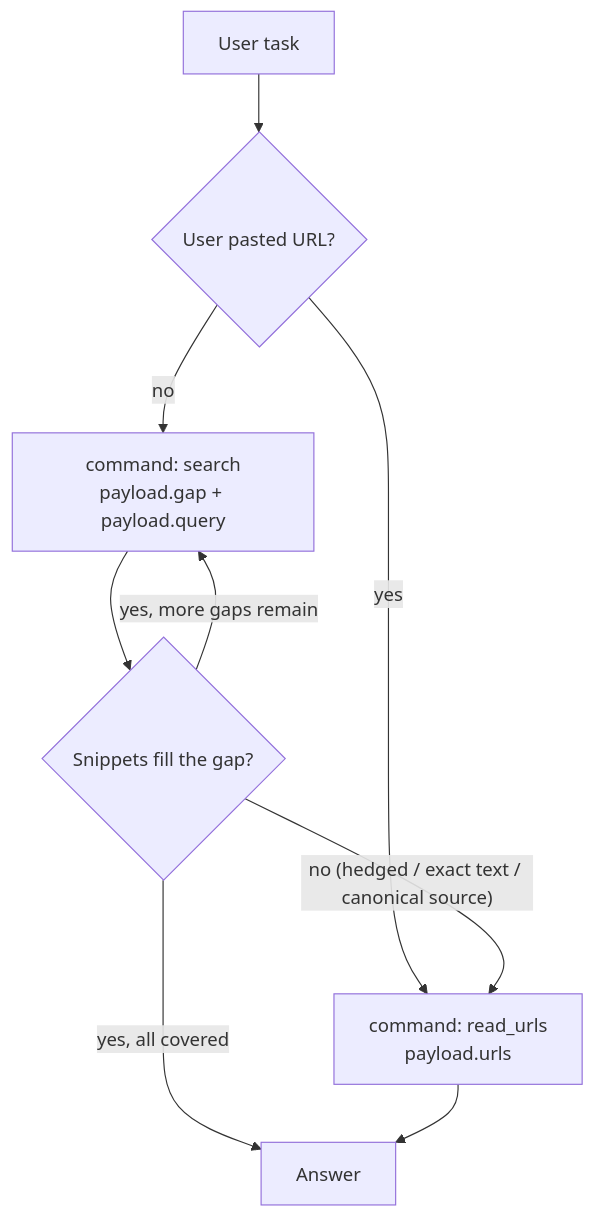
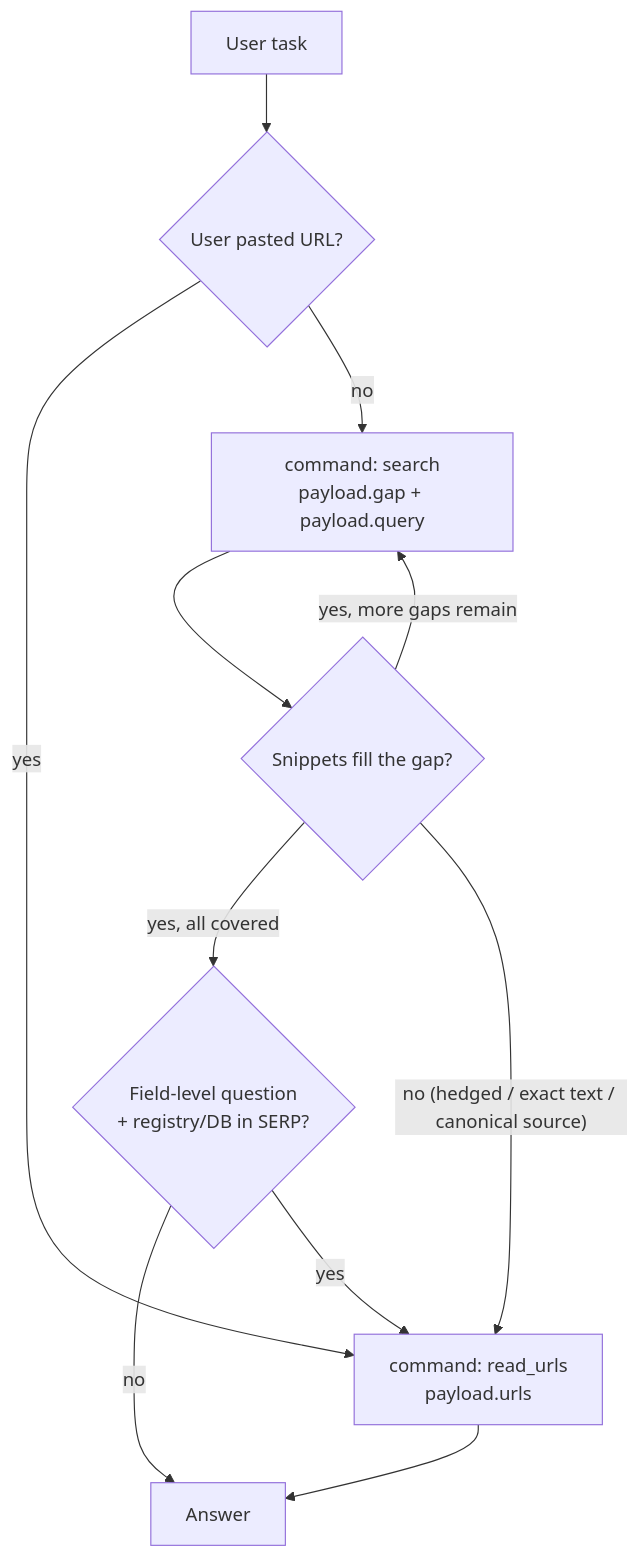
One commit to Unique-AG/ai changed the diagram in tool_packages/unique_web_search/src/unique_web_search/skills/web-search-v3.md. Above: the diagram before and after it, drawn with Mermaid. The commit also changed other lines of this file and 8 other files, not shown here.

````diff
--- a/tool_packages/unique_web_search/src/unique_web_search/skills/web-search-v3.md
+++ b/tool_packages/unique_web_search/src/unique_web_search/skills/web-search-v3.md
@@ -30,11 +30,13 @@
 ```mermaid
 flowchart TD
     Start[User task] --> HasUrl{User pasted URL?}
     HasUrl -- yes --> Fetch["command: read_urls<br/>payload.urls"]
     HasUrl -- no --> Search["command: search<br/>payload.gap + payload.query"]
     Search --> Check{Snippets fill the gap?}
     Check -- "yes, more gaps remain" --> Search
-    Check -- "yes, all covered" --> Answer[Answer]
+    Check -- "yes, all covered" --> FieldCheck{"Field-level question\n+ registry/DB in SERP?"}
+    FieldCheck -- "no" --> Answer[Answer]
+    FieldCheck -- "yes" --> Fetch
     Check -- "no (hedged / exact text / canonical source)" --> Fetch
     Fetch --> Answer
 ```
````
